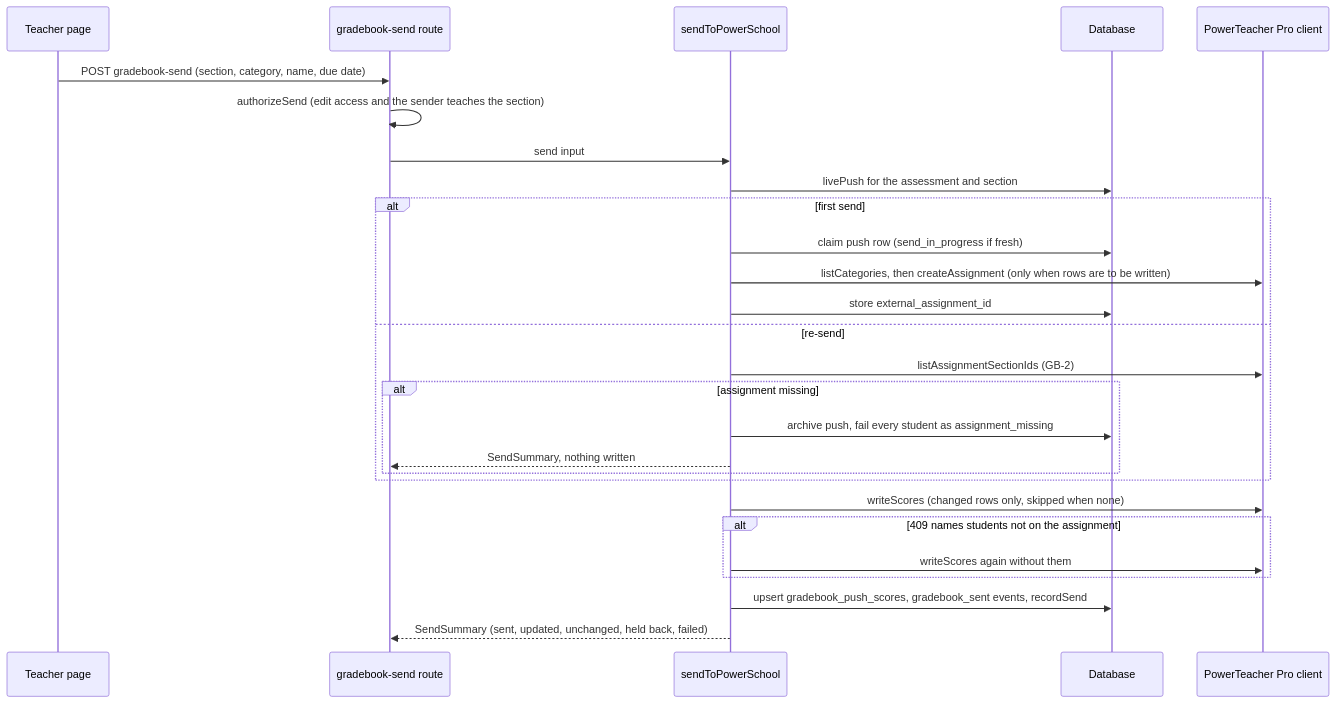
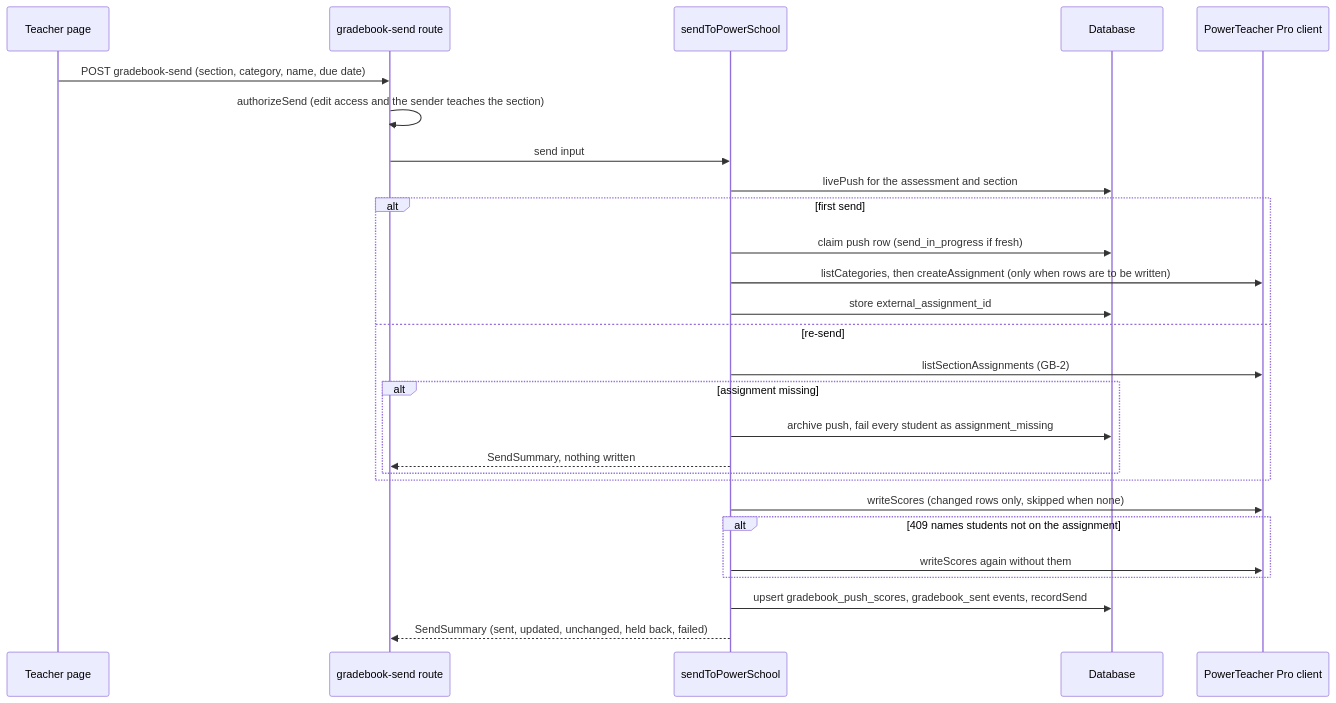
The diagram in openwiki/design-tool/integrations.md (psd401/secure-test), drawn with Mermaid before and after one commit. The commit also changed other lines of this file and 4 other files, not shown here.

````diff
--- a/openwiki/design-tool/integrations.md
+++ b/openwiki/design-tool/integrations.md
@@ -58,29 +59,29 @@
 ```mermaid
 sequenceDiagram
   participant T as Teacher page
   participant R as gradebook-send route
   participant S as sendToPowerSchool
   participant D as Database
   participant P as PowerTeacher Pro client
   T->>R: POST gradebook-send (section, category, name, due date)
   R->>R: authorizeSend (edit access and the sender teaches the section)
   R->>S: send input
   S->>D: livePush for the assessment and section
   alt first send
     S->>D: claim push row (send_in_progress if fresh)
     S->>P: listCategories, then createAssignment (only when rows are to be written)
     S->>D: store external_assignment_id
   else re-send
-    S->>P: listAssignmentSectionIds (GB-2)
+    S->>P: listSectionAssignments (GB-2)
     alt assignment missing
       S->>D: archive push, fail every student as assignment_missing
       S-->>R: SendSummary, nothing written
     end
   end
   S->>P: writeScores (changed rows only, skipped when none)
   alt 409 names students not on the assignment
     S->>P: writeScores again without them
   end
   S->>D: upsert gradebook_push_scores, gradebook_sent events, recordSend
   S-->>R: SendSummary (sent, updated, unchanged, held back, failed)
 ```
````
